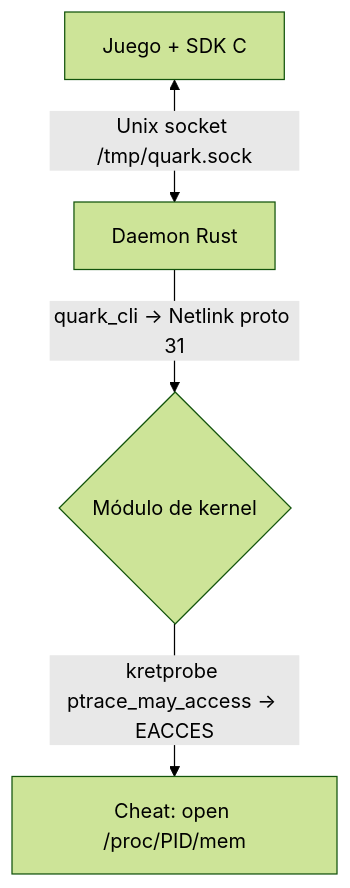
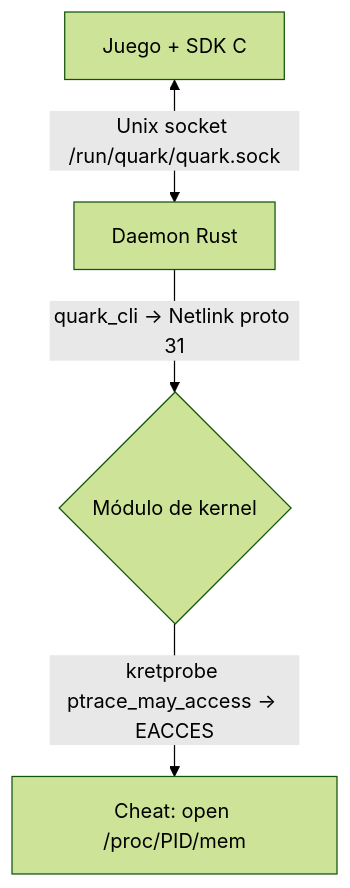
Before and after one commit to stefanomerinoderui/Quark-Anticheat: the diagram in docs/obsidian-vault/quark-vault/02-Technical/Architecture-Overview.md, drawn with Mermaid (forest theme). The commit also changed 13 other files, not shown here.

First line of the commit message:
fix: move the daemon socket from /tmp to /run/quark

````diff
--- a/docs/obsidian-vault/quark-vault/02-Technical/Architecture-Overview.md
+++ b/docs/obsidian-vault/quark-vault/02-Technical/Architecture-Overview.md
@@ -8,6 +8,6 @@
 ```mermaid
 graph TD
-    G[Juego + SDK C] <-->|Unix socket /tmp/quark.sock| D[Daemon Rust]
+    G[Juego + SDK C] <-->|Unix socket /run/quark/quark.sock| D[Daemon Rust]
     D -->|quark_cli → Netlink proto 31| K{Módulo de kernel}
     K -->|kretprobe ptrace_may_access → EACCES| X[Cheat: open /proc/PID/mem]
 ```
````
